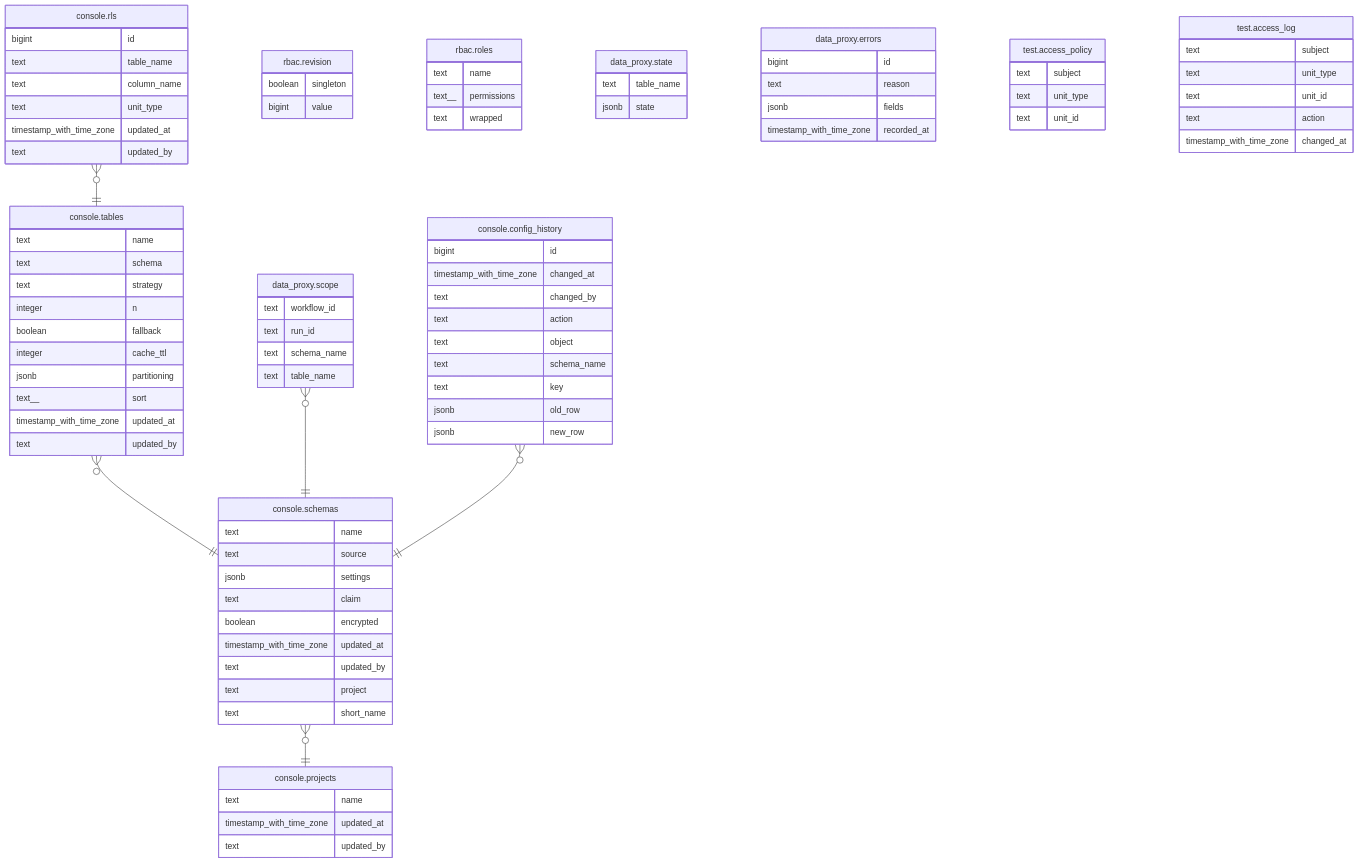
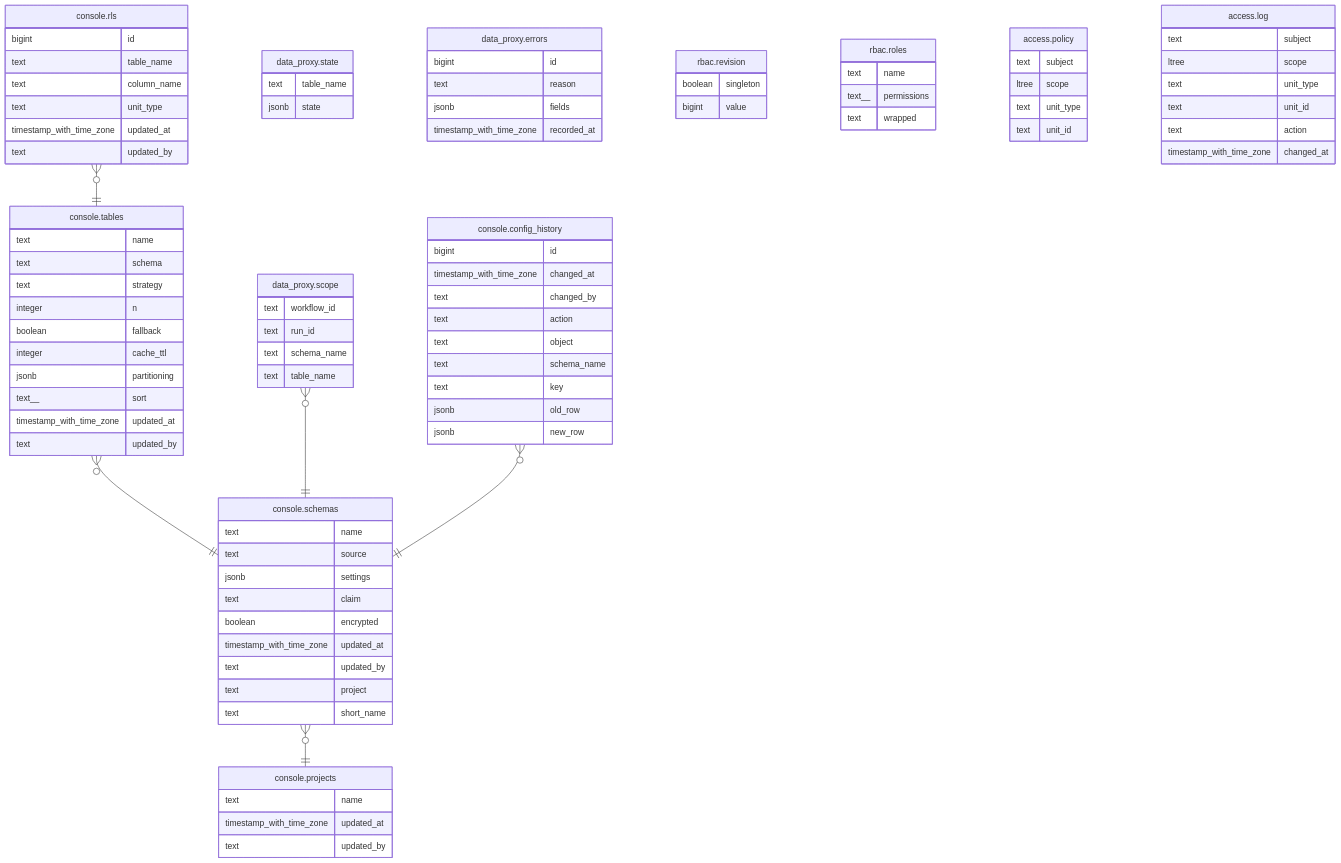
The second of 4 diagrams in docs/model.md (prefeitura-rio/data-proxy), drawn with Mermaid before and after one commit. The commit also changed other lines of this file and 262 other files, not shown here.

```diff
--- a/docs/model.md
+++ b/docs/model.md
@@ -297,15 +299,6 @@
 "data_proxy.scope" }o--|| "console.schemas" : ""
 "console.config_history" }o--|| "console.schemas" : ""
 
-"rbac.revision" {
-  boolean singleton
-  bigint value
-}
-"rbac.roles" {
-  text name
-  text__ permissions
-  text wrapped
-}
 "data_proxy.state" {
   text table_name
   jsonb state
@@ -321,6 +314,15 @@
   text run_id
   text schema_name
   text table_name
+}
+"rbac.revision" {
+  boolean singleton
+  bigint value
+}
+"rbac.roles" {
+  text name
+  text__ permissions
+  text wrapped
 }
 "console.schemas" {
   text name
@@ -369,13 +371,15 @@
   timestamp_with_time_zone updated_at
   text updated_by
 }
-"test.access_policy" {
+"access.policy" {
   text subject
+  ltree scope
   text unit_type
   text unit_id
 }
-"test.access_log" {
+"access.log" {
   text subject
+  ltree scope
   text unit_type
   text unit_id
   text action
```
